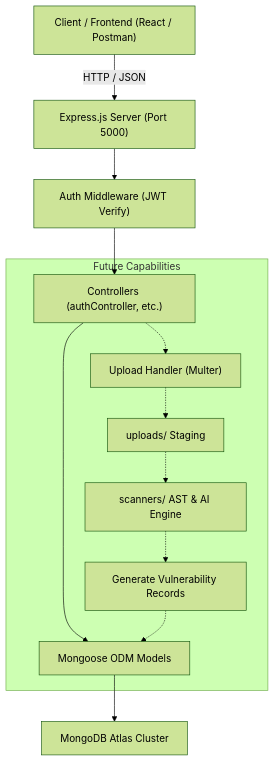
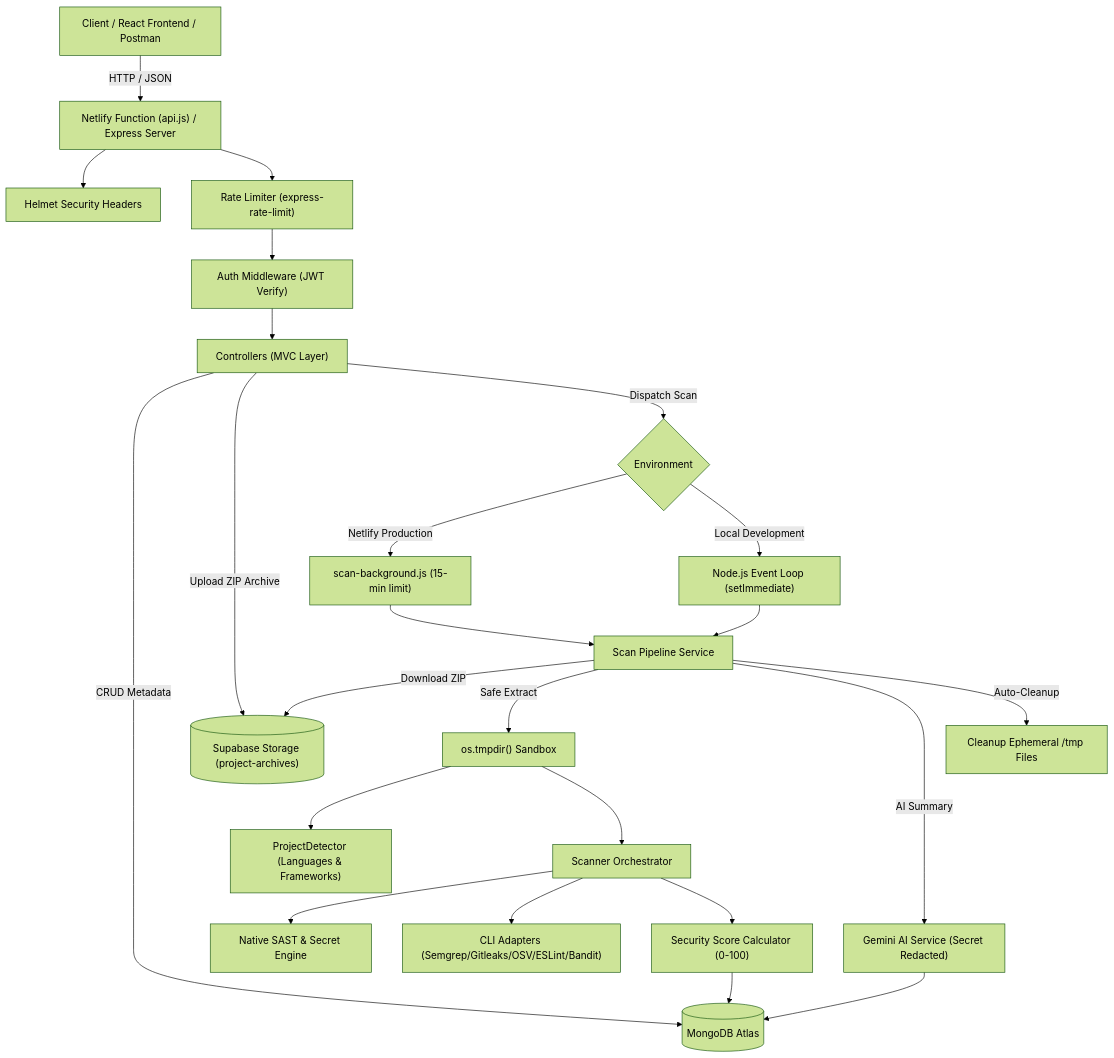
One commit to Mallikarjungouda-28/AEGISOR changed the first of 2 diagrams in README.md. Above: the diagram before and after it, drawn with Mermaid (forest theme). The commit also changed other lines of this file and 53 other files, not shown here.

Commit message:
Complete AEGISOR project integration - frontend, backend, scanners and deployment configuration

````diff
--- a/README.md
+++ b/README.md
@@ -172,16 +251,33 @@
 ```mermaid
 graph TD
-    Client["Client / Frontend (React / Postman)"] -->|HTTP / JSON| Express["Express.js Server (Port 5000)"]
-    Express --> AuthMiddleware["Auth Middleware (JWT Verify)"]
-    AuthMiddleware --> Controllers["Controllers (authController, etc.)"]
-    Controllers --> MongooseModels["Mongoose ODM Models"]
-    MongooseModels --> MongoAtlas["MongoDB Atlas Cluster"]
+    Client["Client / React Frontend / Postman"] -->|HTTP / JSON| API["Netlify Function (api.js) / Express Server"]
+    API --> Helmet["Helmet Security Headers"]
+    API --> RateLimiter["Rate Limiter (express-rate-limit)"]
+    RateLimiter --> AuthMiddleware["Auth Middleware (JWT Verify)"]
+    AuthMiddleware --> Controllers["Controllers (MVC Layer)"]
 
-    subgraph Future Capabilities
-        Controllers -.-> UploadHandler["Upload Handler (Multer)"]
-        UploadHandler -.-> UploadDir["uploads/ Staging"]
-        UploadDir -.-> ScannerEngine["scanners/ AST & AI Engine"]
-        ScannerEngine -.-> Findings["Generate Vulnerability Records"]
-        Findings -.-> MongooseModels
-    end
+    Controllers -->|CRUD Metadata| MongoAtlas[("MongoDB Atlas")]
+    
+    Controllers -->|Upload ZIP Archive| SupabaseStorage[("Supabase Storage (project-archives)")]
+    Controllers -->|Dispatch Scan| BackgroundTrigger{"Environment"}
+    
+    BackgroundTrigger -->|Netlify Production| NetlifyBG["scan-background.js (15-min limit)"]
+    BackgroundTrigger -->|Local Development| LocalLoop["Node.js Event Loop (setImmediate)"]
+    
+    NetlifyBG --> Pipeline["Scan Pipeline Service"]
+    LocalLoop --> Pipeline
+    
+    Pipeline -->|Download ZIP| SupabaseStorage
+    Pipeline -->|Safe Extract| TmpDir["os.tmpdir() Sandbox"]
+    TmpDir --> Detector["ProjectDetector (Languages & Frameworks)"]
+    TmpDir --> Orchestrator["Scanner Orchestrator"]
+
+    Orchestrator --> NativeSAST["Native SAST & Secret Engine"]
+    Orchestrator --> ExternalAdapters["CLI Adapters (Semgrep/Gitleaks/OSV/ESLint/Bandit)"]
+    Orchestrator --> Scoring["Security Score Calculator (0-100)"]
+    
+    Scoring --> MongoAtlas
+    Pipeline -->|AI Summary| Gemini["Gemini AI Service (Secret Redacted)"]
+    Gemini --> MongoAtlas
+    Pipeline -->|Auto-Cleanup| Cleanup["Cleanup Ephemeral /tmp Files"]
 ```
````
